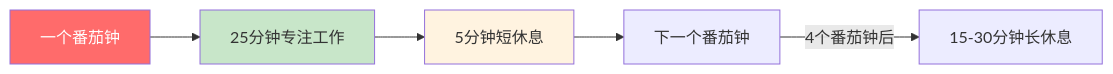
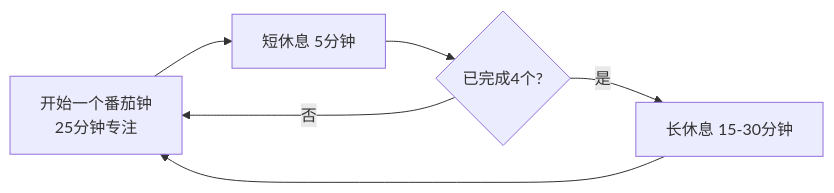
Before and after one commit to chongyang211/YCBookBlog: the diagram in packages/website/13.书籍/05.自我精进·成事/03.事中执行/02.番茄工作法实践.md, drawn with Mermaid. The commit also changed other lines of this file and 83 other files, not shown here.

````diff
--- a/packages/website/13.书籍/05.自我精进·成事/03.事中执行/02.番茄工作法实践.md
+++ b/packages/website/13.书籍/05.自我精进·成事/03.事中执行/02.番茄工作法实践.md
@@ -93,10 +68,8 @@
 ```mermaid
 graph LR
-    A[一个番茄钟] --> B[25分钟专注工作]
-    B --> C[5分钟短休息]
-    C --> D[下一个番茄钟]
-    D --> |4个番茄钟后| E[15-30分钟长休息]
-    style A fill:#ff6b6b,color:#fff
-    style B fill:#c8e6c9
-    style C fill:#fff3e0
+    A[开始一个番茄钟<br/>25分钟专注] --> B[短休息 5分钟]
+    B --> C{已完成4个?}
+    C -->|否| A
+    C -->|是| D[长休息 15-30分钟]
+    D --> A
 ```
````
